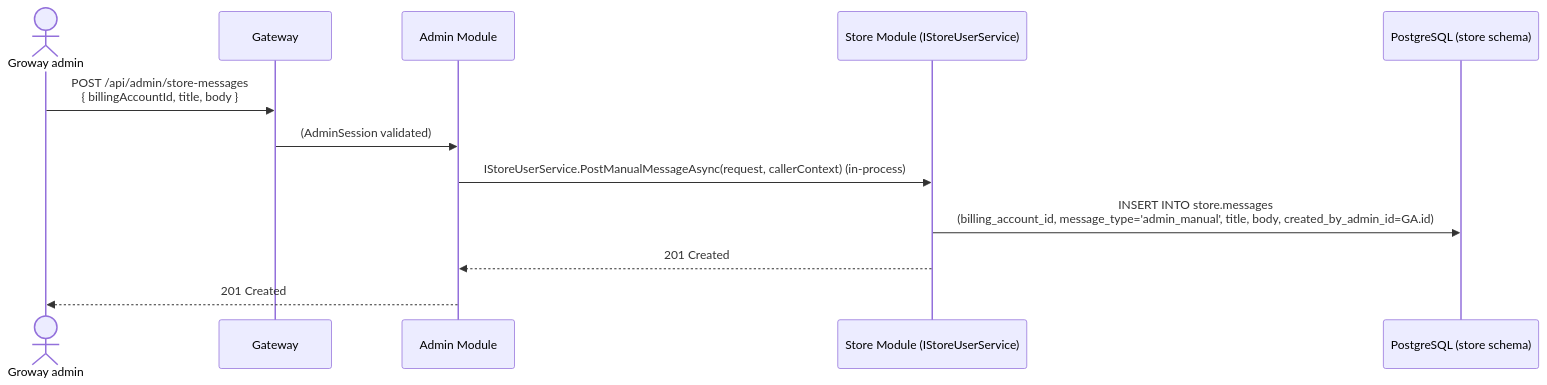
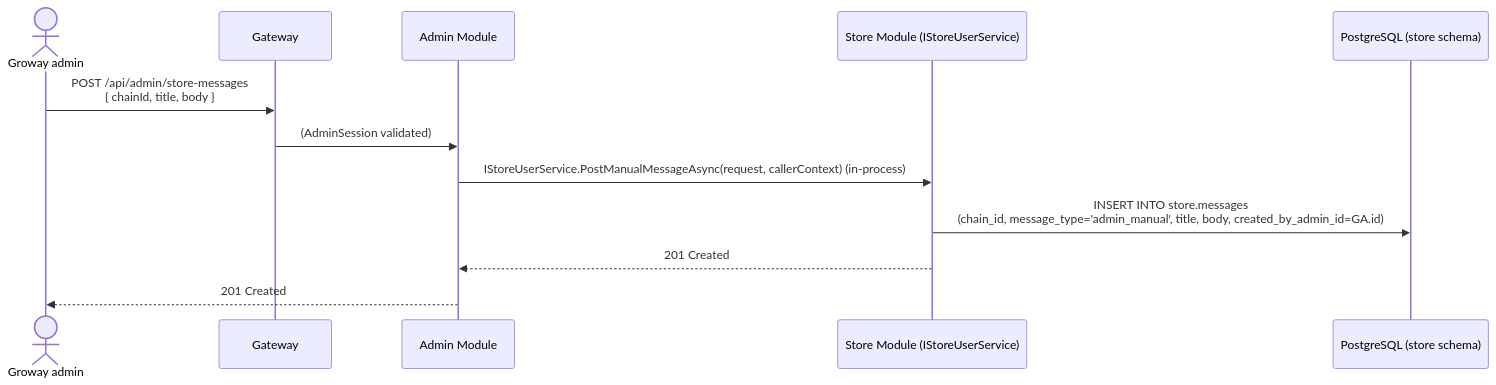
One commit to szhanggit/appointmentsystemdesign changed the second of 3 diagrams in usercasestudy/groway-store-notifications-workflow.md. Above: the diagram before and after it, drawn with Mermaid. The commit also changed other lines of this file, not shown here.

Commit message:
change from billing_account_id to chain_id.

````diff
--- a/usercasestudy/groway-store-notifications-workflow.md
+++ b/usercasestudy/groway-store-notifications-workflow.md
@@ -62,15 +63,15 @@
 ```mermaid
 sequenceDiagram
     actor GA as Groway admin
     participant GW as Gateway
     participant AM as Admin Module
     participant SM as Store Module (IStoreUserService)
     participant DB as PostgreSQL (store schema)
 
-    GA->>GW: POST /api/admin/store-messages<br/>{ billingAccountId, title, body }
+    GA->>GW: POST /api/admin/store-messages<br/>{ chainId, title, body }
     GW->>AM: (AdminSession validated)
     AM->>SM: IStoreUserService.PostManualMessageAsync(request, callerContext) (in-process)
-    SM->>DB: INSERT INTO store.messages<br/>(billing_account_id, message_type='admin_manual', title, body, created_by_admin_id=GA.id)
+    SM->>DB: INSERT INTO store.messages<br/>(chain_id, message_type='admin_manual', title, body, created_by_admin_id=GA.id)
     SM-->>AM: 201 Created
     AM-->>GA: 201 Created
 ```
````
